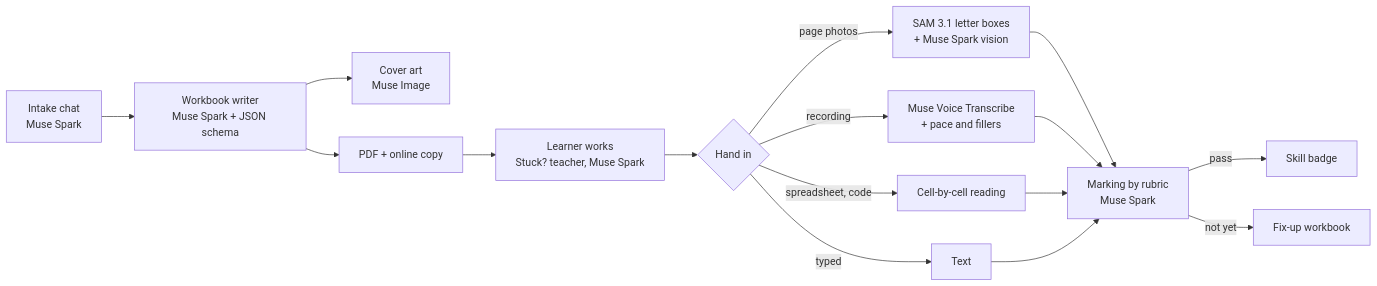
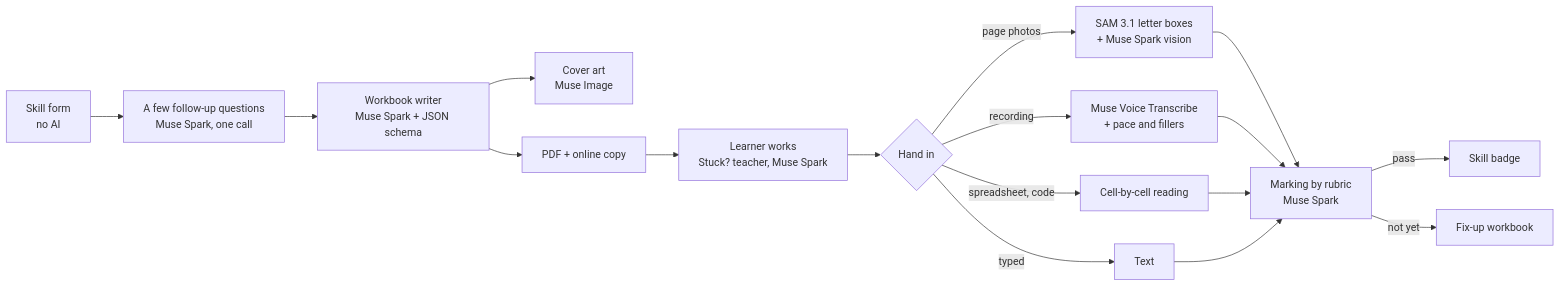
Before and after one commit to Growthgoal/learn-with-ai: the diagram in README.md, drawn with Mermaid. The commit also changed other lines of this file and 5 other files, not shown here.

````diff
--- a/README.md
+++ b/README.md
@@ -27,15 +28,16 @@
 ```mermaid
 flowchart LR
-  A[Intake chat<br/>Muse Spark] --> B[Workbook writer<br/>Muse Spark + JSON schema]
+  A0[Skill form<br/>no AI] --> A[A few follow-up questions<br/>Muse Spark, one call]
+  A --> B[Workbook writer<br/>Muse Spark + JSON schema]
   B --> C[Cover art<br/>Muse Image]
   B --> D[PDF + online copy]
   D --> E[Learner works<br/>Stuck? teacher, Muse Spark]
   E --> F{Hand in}
   F -->|page photos| G[SAM 3.1 letter boxes<br/>+ Muse Spark vision]
   F -->|recording| H[Muse Voice Transcribe<br/>+ pace and fillers]
   F -->|spreadsheet, code| I[Cell-by-cell reading]
   F -->|typed| J[Text]
   G & H & I & J --> K[Marking by rubric<br/>Muse Spark]
   K -->|pass| L[Skill badge]
   K -->|not yet| M[Fix-up workbook]
 ```
````
